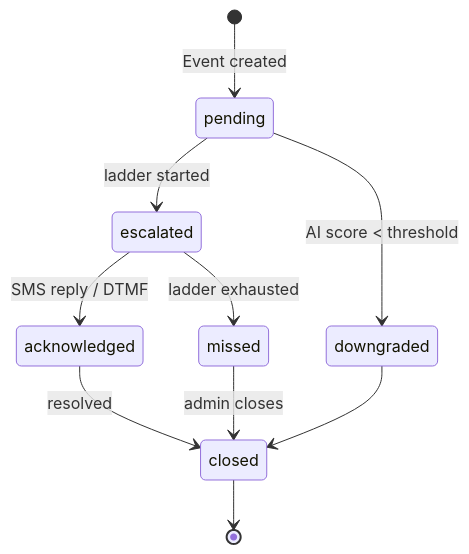
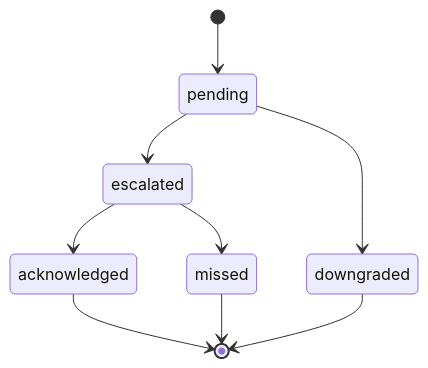
The third of 3 diagrams in docs/architecture/LLD.md (shankasf/afterhour_escalation), drawn with Mermaid before and after one commit. The commit also changed other lines of this file and 1 other file, not shown here.

````diff
--- a/docs/architecture/LLD.md
+++ b/docs/architecture/LLD.md
@@ -223,12 +52,11 @@
 ```mermaid
 stateDiagram-v2
-    [*] --> pending: Event created
-    pending --> escalated: ladder started
-    pending --> downgraded: AI score < threshold
-    escalated --> acknowledged: SMS reply / DTMF
-    escalated --> missed: ladder exhausted
-    acknowledged --> closed: resolved
-    missed --> closed: admin closes
-    downgraded --> closed
-    closed --> [*]
+    [*] --> pending
+    pending --> escalated
+    pending --> downgraded
+    escalated --> acknowledged
+    escalated --> missed
+    acknowledged --> [*]
+    missed --> [*]
+    downgraded --> [*]
 ```
````
